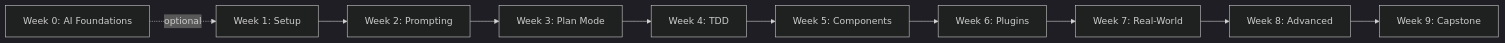
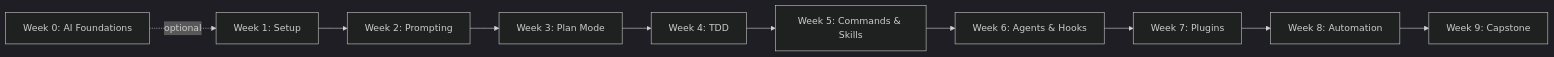
One commit to RealManage/dx-training changed the diagram in courses/ai-101-claude-code/README.md. Above: the diagram before and after it, drawn with Mermaid (dark theme). The commit also changed other lines of this file and 75 other files, not shown here.

````diff
--- a/courses/ai-101-claude-code/README.md
+++ b/courses/ai-101-claude-code/README.md
@@ -52,12 +54,12 @@
 ```mermaid
 graph LR
     A[Week 0: AI Foundations] -.->|optional| B[Week 1: Setup]
     B --> C[Week 2: Prompting]
     C --> D[Week 3: Plan Mode]
     D --> E[Week 4: TDD]
-    E --> F[Week 5: Components]
-    F --> G[Week 6: Plugins]
-    G --> H[Week 7: Real-World]
-    H --> I[Week 8: Advanced]
+    E --> F[Week 5: Commands & Skills]
+    F --> G[Week 6: Agents & Hooks]
+    G --> H[Week 7: Plugins]
+    H --> I[Week 8: Automation]
     I --> J[Week 9: Capstone]
 ```
````
